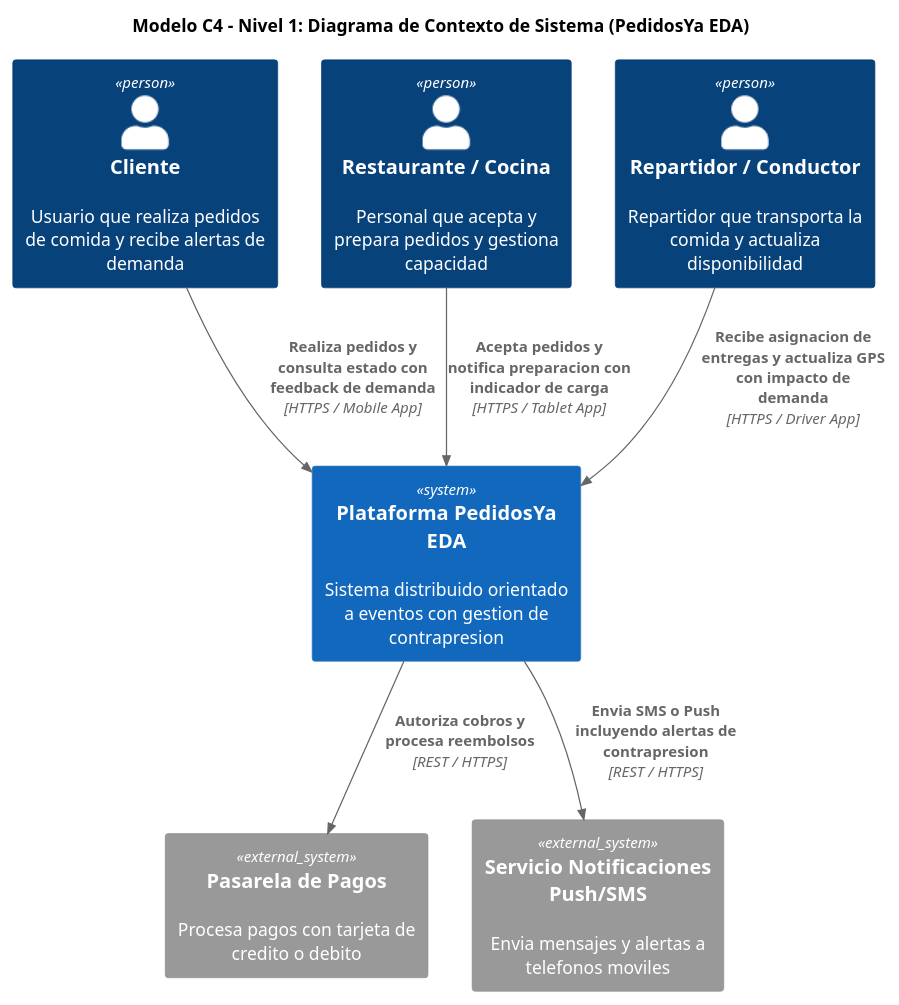
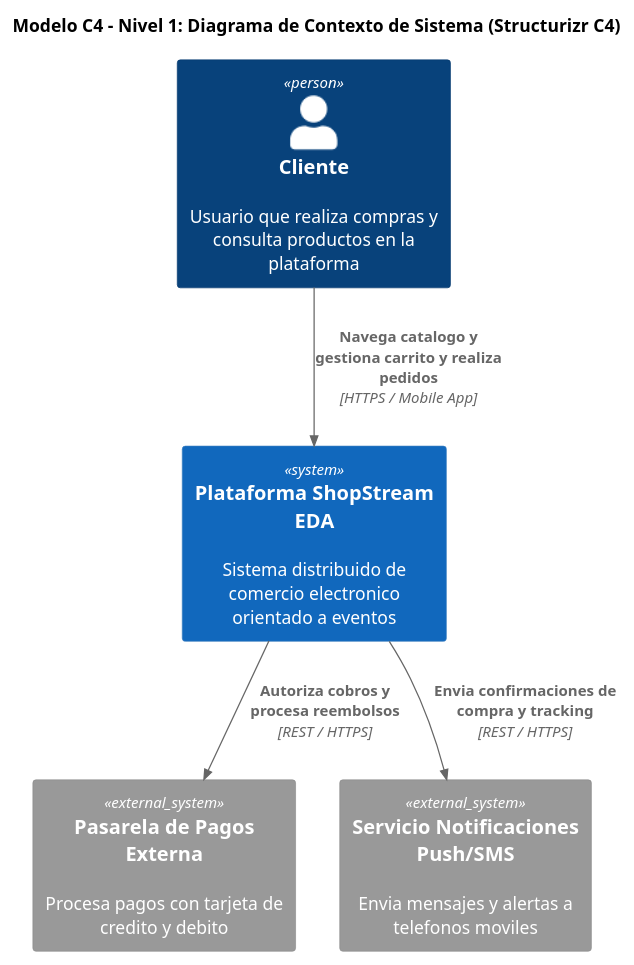
One commit to Douke017/Software-Architecture-3 changed the first of 2 diagrams in shared_context/structurizr_c4_guide.md. Above: the diagram before and after it, drawn with PlantUML. The commit also changed other lines of this file and 37 other files, not shown here.

````diff
--- a/shared_context/structurizr_c4_guide.md
+++ b/shared_context/structurizr_c4_guide.md
@@ -38,24 +54,19 @@
 ```plantuml
 @startuml
 !include <C4/C4_Context>
 
-title Modelo C4 - Nivel 1: Diagrama de Contexto de Sistema (PedidosYa EDA)
+title Modelo C4 - Nivel 1: Diagrama de Contexto de Sistema (Structurizr C4)
 
-Person(client, "Cliente", "Usuario que realiza pedidos de comida y recibe alertas de demanda")
-Person(restaurant, "Restaurante / Cocina", "Personal que acepta y prepara pedidos y gestiona capacidad")
-Person(driver, "Repartidor / Conductor", "Repartidor que transporta la comida y actualiza disponibilidad")
+Person(client, "Cliente", "Usuario que realiza compras y consulta productos en la plataforma")
 
-System(system, "Plataforma PedidosYa EDA", "Sistema distribuido orientado a eventos con gestion de contrapresion")
+System(system, "Plataforma ShopStream EDA", "Sistema distribuido de comercio electronico orientado a eventos")
 
-System_Ext(payment, "Pasarela de Pagos", "Procesa pagos con tarjeta de credito o debito")
+System_Ext(payment, "Pasarela de Pagos Externa", "Procesa pagos con tarjeta de credito y debito")
 System_Ext(notification, "Servicio Notificaciones Push/SMS", "Envia mensajes y alertas a telefonos moviles")
 
-Rel(client, system, "Realiza pedidos y consulta estado con feedback de demanda", "HTTPS / Mobile App")
-Rel(restaurant, system, "Acepta pedidos y notifica preparacion con indicador de carga", "HTTPS / Tablet App")
-Rel(driver, system, "Recibe asignacion de entregas y actualiza GPS con impacto de demanda", "HTTPS / Driver App")
-
+Rel(client, system, "Navega catalogo y gestiona carrito y realiza pedidos", "HTTPS / Mobile App")
 Rel(system, payment, "Autoriza cobros y procesa reembolsos", "REST / HTTPS")
-Rel(system, notification, "Envia SMS o Push incluyendo alertas de contrapresion", "REST / HTTPS")
+Rel(system, notification, "Envia confirmaciones de compra y tracking", "REST / HTTPS")
 
 @enduml
 ```
````
